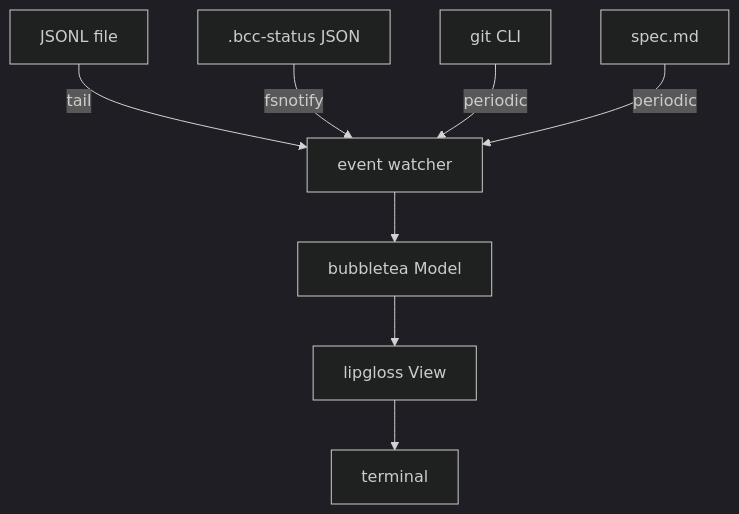
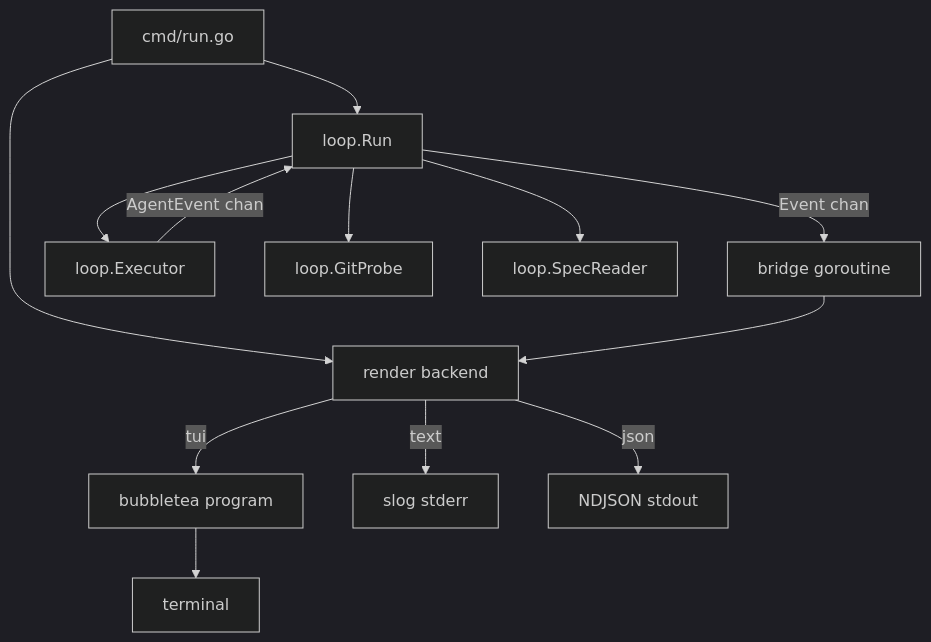
Before and after one commit to fgmacedo/buchecha: the diagram in docs/specs/buchecha-mvp/2026-04-29-phase-2-tui-dashboard.md, drawn with Mermaid (dark theme). The commit also changed other lines of this file and 2 other files, not shown here.

First line of the commit message:
docs(specs): rework Phase 2 around single-process TUI; add Phase 3 steering

````diff
--- a/docs/specs/buchecha-mvp/2026-04-29-phase-2-tui-dashboard.md
+++ b/docs/specs/buchecha-mvp/2026-04-29-phase-2-tui-dashboard.md
@@ -132,10 +245,15 @@
 ```mermaid
 graph TD
-    JSONL[JSONL file] -->|tail| WATCHER[event watcher]
-    STATUS[.bcc-status JSON] -->|fsnotify| WATCHER
-    GIT[git CLI] -->|periodic| WATCHER
-    SPECMD[spec.md] -->|periodic| WATCHER
-    WATCHER --> MODEL[bubbletea Model]
-    MODEL --> VIEW[lipgloss View]
-    VIEW --> TERM[terminal]
+    CMD[cmd/run.go] --> LOOP[loop.Run]
+    CMD --> RB[render backend]
+    LOOP -->|Event chan| BRIDGE[bridge goroutine]
+    BRIDGE --> RB
+    RB -->|tui| TUI[bubbletea program]
+    RB -->|text| SLOG[slog stderr]
+    RB -->|json| NDJSON[NDJSON stdout]
+    LOOP --> EXEC[loop.Executor]
+    EXEC -->|AgentEvent chan| LOOP
+    LOOP --> GIT[loop.GitProbe]
+    LOOP --> SPECR[loop.SpecReader]
+    TUI --> TERM[terminal]
 ```
````
